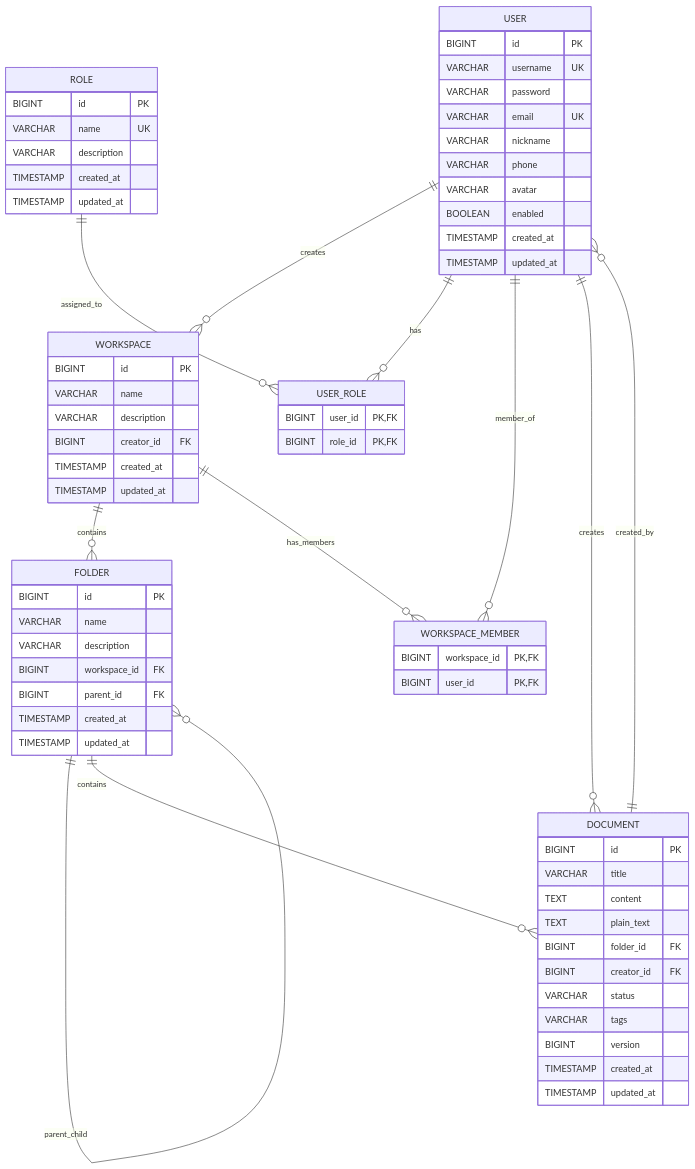
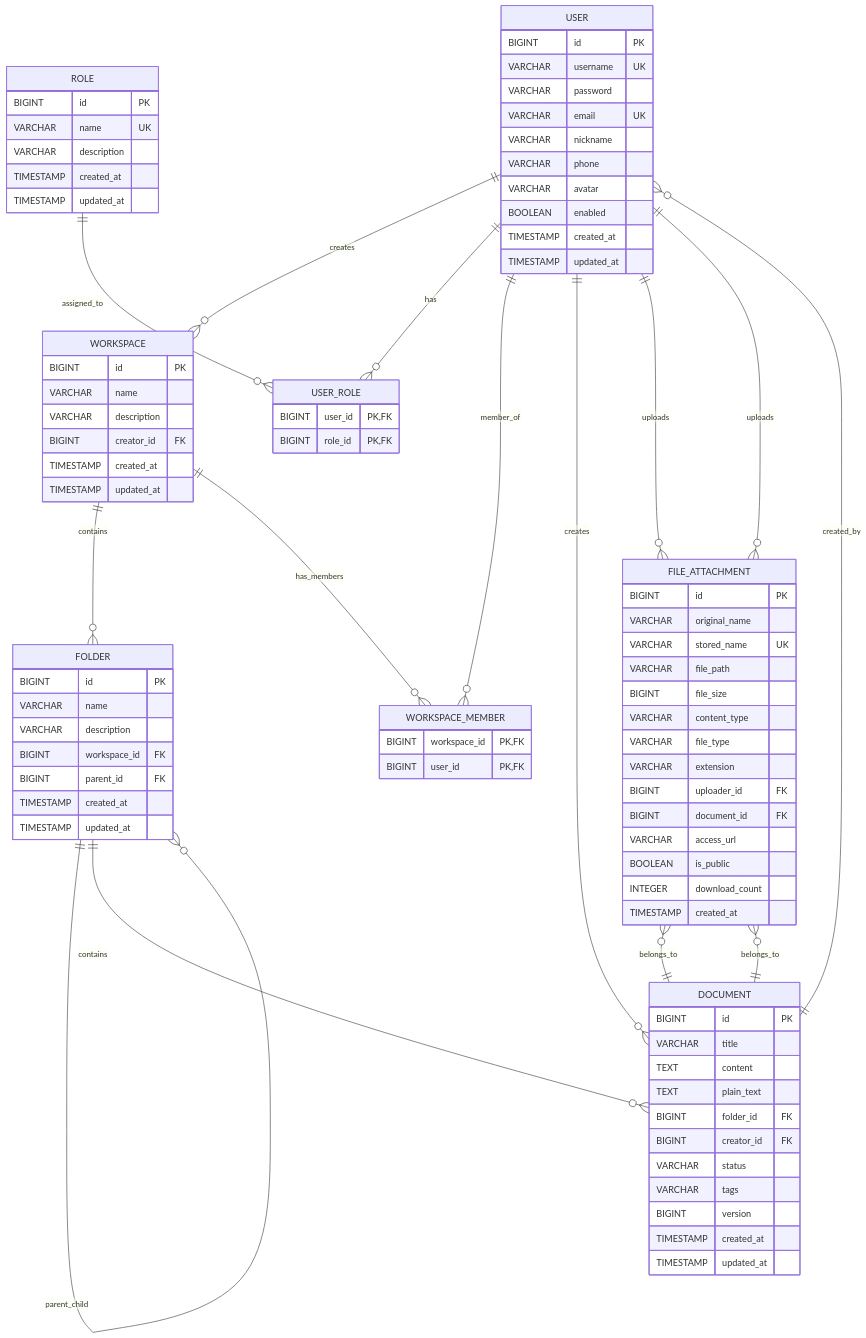
The diagram in 数据库表设计.md (zhangzhiweizd/NexusMind), drawn with Mermaid before and after one commit. The commit also changed other lines of this file, not shown here.

````diff
--- a/数据库表设计.md
+++ b/数据库表设计.md
@@ -186,6 +224,10 @@
     FOLDER ||--o{ FOLDER : parent_child
     FOLDER ||--o{ DOCUMENT : contains
     DOCUMENT ||--o{ USER : created_by
+    USER ||--o{ FILE_ATTACHMENT : uploads
+    FILE_ATTACHMENT }o--|| DOCUMENT : belongs_to
+    USER ||--o{ FILE_ATTACHMENT : uploads
+    FILE_ATTACHMENT }o--|| DOCUMENT : belongs_to
     
     USER {
         BIGINT id PK
@@ -250,4 +292,21 @@
         TIMESTAMP created_at
         TIMESTAMP updated_at
     }
+    
+    FILE_ATTACHMENT {
+        BIGINT id PK
+        VARCHAR original_name
+        VARCHAR stored_name UK
+        VARCHAR file_path
+        BIGINT file_size
+        VARCHAR content_type
+        VARCHAR file_type
+        VARCHAR extension
+        BIGINT uploader_id FK
+        BIGINT document_id FK
+        VARCHAR access_url
+        BOOLEAN is_public
+        INTEGER download_count
+        TIMESTAMP created_at
+    }
 ```
````
